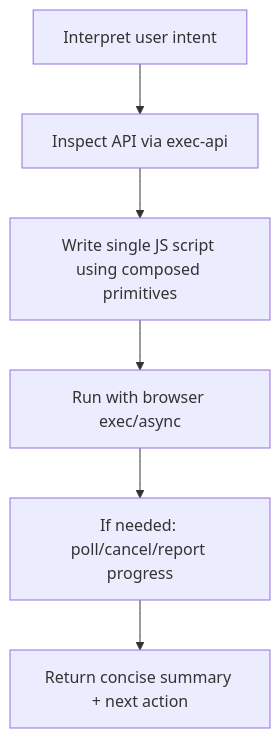
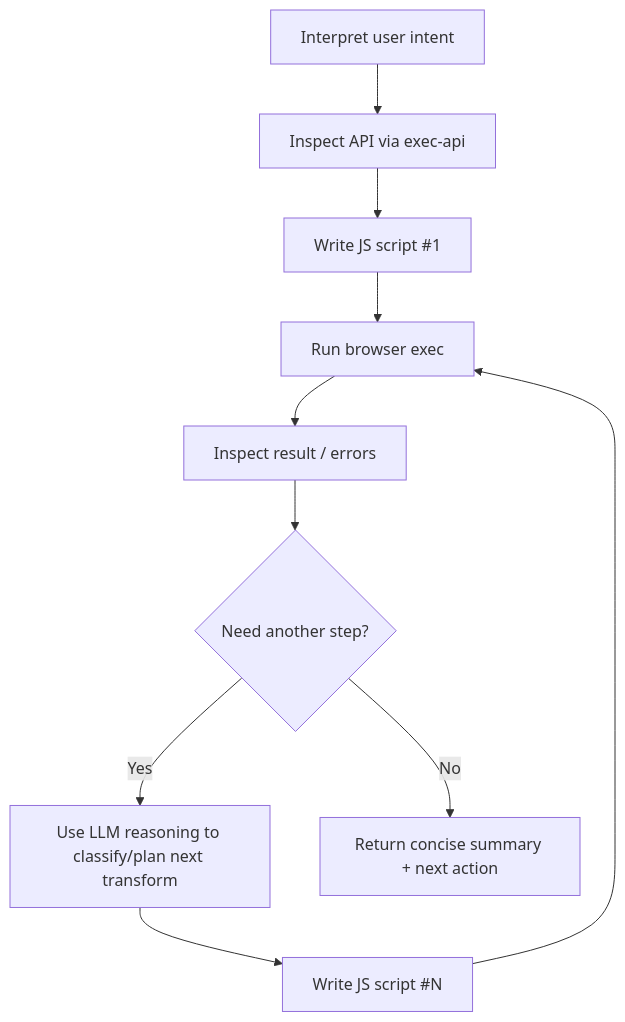
Before and after one commit to sagemathinc/cocalc-ai: the third of 3 diagrams in docs/api.md, drawn with Mermaid. The commit also changed other lines of this file, not shown here.

Commit message:
docs update: it's a loop

````diff
--- a/docs/api.md
+++ b/docs/api.md
@@ -85,8 +85,12 @@
 ```mermaid
 flowchart TD
   A[Interpret user intent] --> B[Inspect API via exec-api]
-  B --> C[Write single JS script using composed primitives]
-  C --> D[Run with browser exec/async]
-  D --> E[If needed: poll/cancel/report progress]
-  E --> F[Return concise summary + next action]
+  B --> C[Write JS script #1]
+  C --> D[Run browser exec]
+  D --> E[Inspect result / errors]
+  E --> F{Need another step?}
+  F -->|Yes| G[Use LLM reasoning to classify/plan next transform]
+  G --> H[Write JS script #N]
+  H --> D
+  F -->|No| I[Return concise summary + next action]
 ```
````
